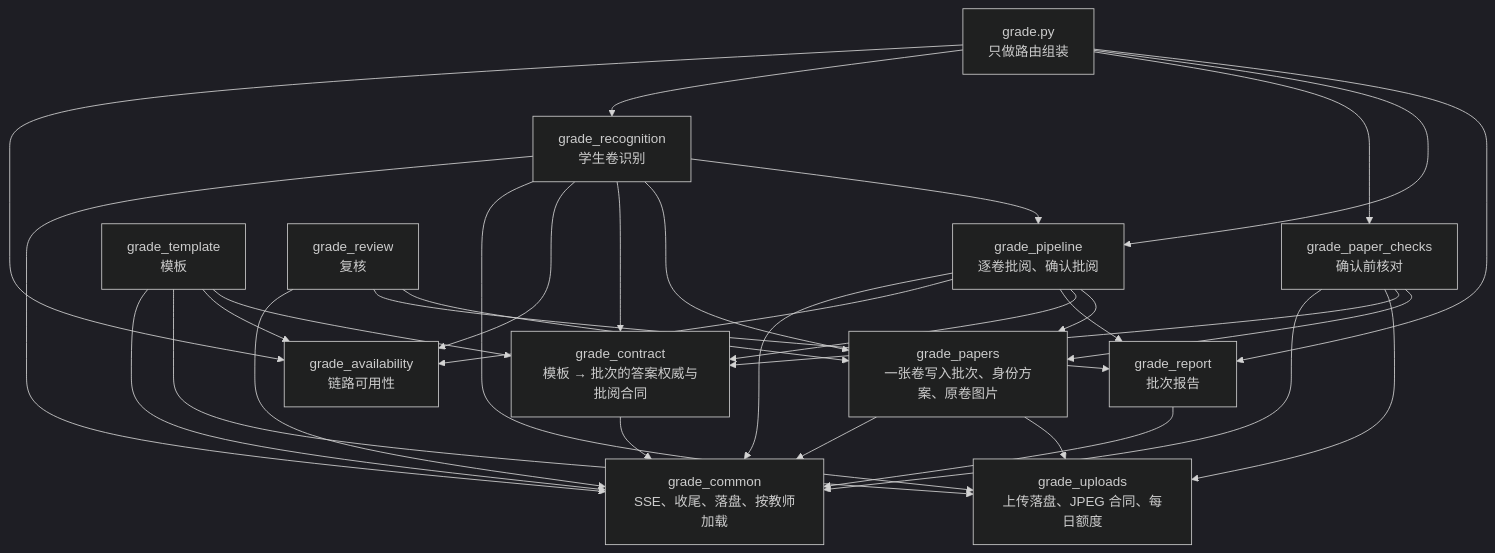
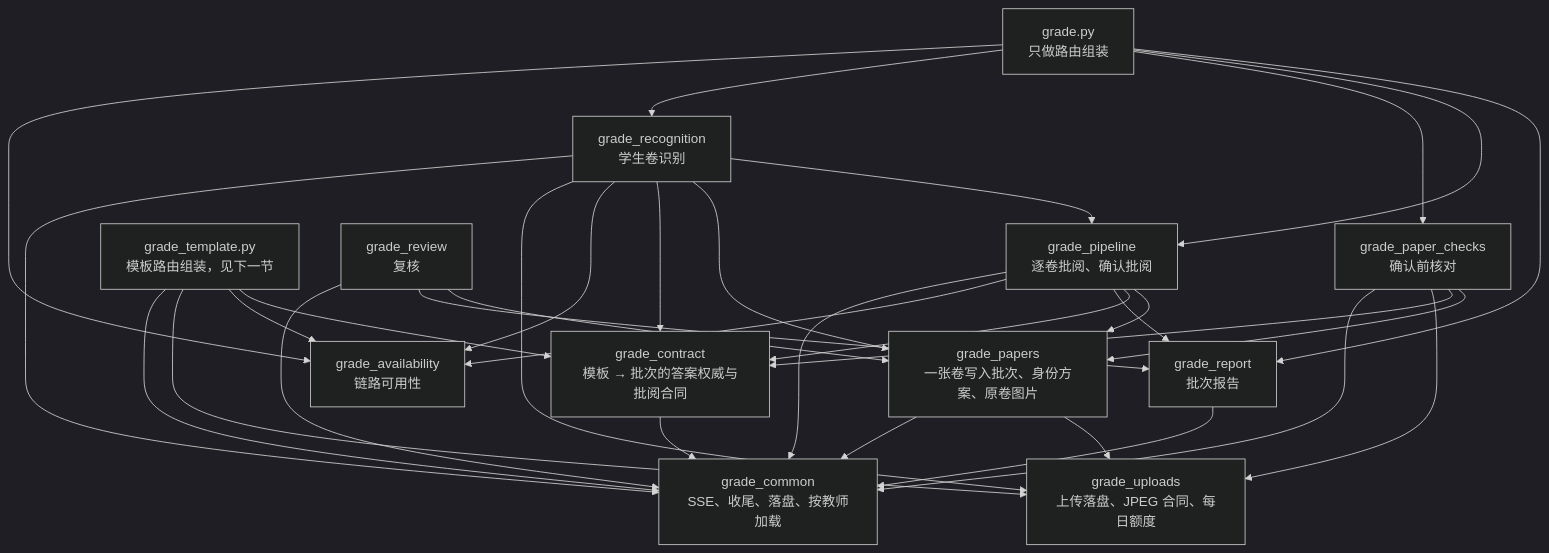
The first of 2 diagrams in routers/README.md (liwangcc/mathagent), drawn with Mermaid (dark theme) before and after one commit. The commit also changed other lines of this file and 1 other file, not shown here.

First line of the commit message:
docs(grade_template): grade_template.py 整理为组装入口，阅读地图补上模板这一组

````diff
--- a/routers/README.md
+++ b/routers/README.md
@@ -28,25 +31,25 @@
 ```mermaid
 graph TD
     common[grade_common<br/>SSE、收尾、落盘、按教师加载]
     uploads[grade_uploads<br/>上传落盘、JPEG 合同、每日额度]
     availability[grade_availability<br/>链路可用性]
     report[grade_report<br/>批次报告]
     contract[grade_contract<br/>模板 → 批次的答案权威与批阅合同]
     papers[grade_papers<br/>一张卷写入批次、身份方案、原卷图片]
     pipeline[grade_pipeline<br/>逐卷批阅、确认批阅]
     checks[grade_paper_checks<br/>确认前核对]
     recognition[grade_recognition<br/>学生卷识别]
     grade[grade.py<br/>只做路由组装]
-    template[grade_template<br/>模板]
+    template[grade_template.py<br/>模板路由组装，见下一节]
     review[grade_review<br/>复核]
 
     contract --> common
     report --> common
     papers --> common & uploads
     pipeline --> common & availability & report & contract & papers
     checks --> common & uploads & contract & papers
     recognition --> common & uploads & availability & contract & papers & pipeline
     grade --> availability & recognition & checks & pipeline & report
     template --> common & uploads & availability & contract
     review --> common & report & papers
 ```
````
